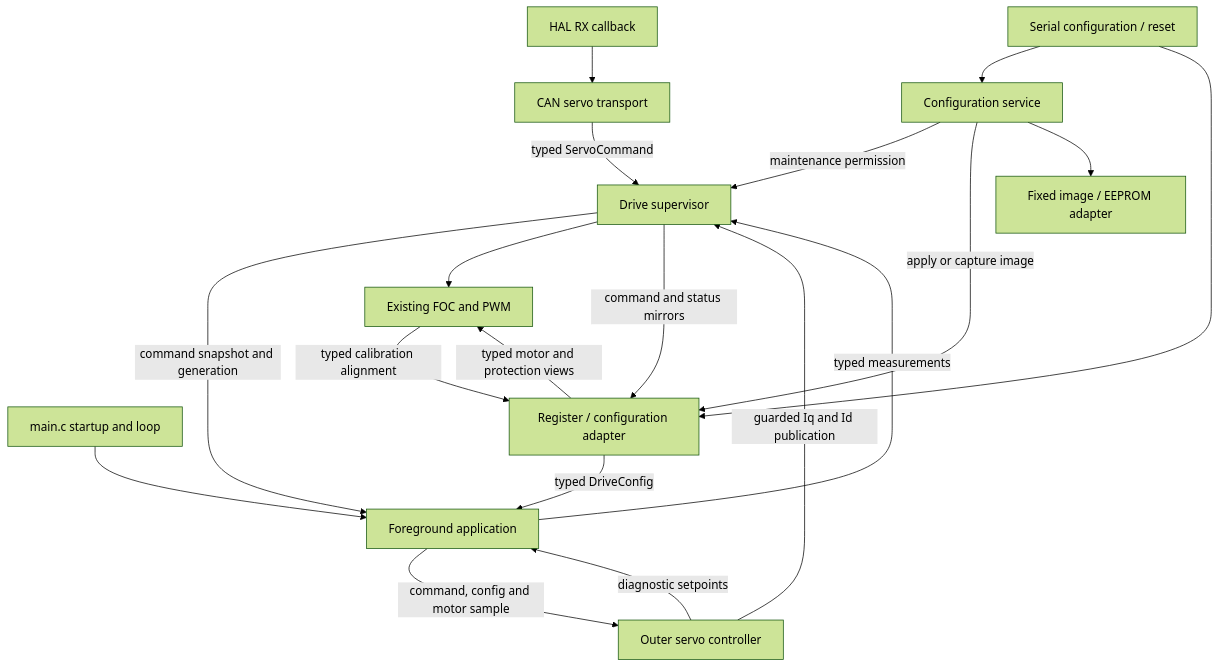
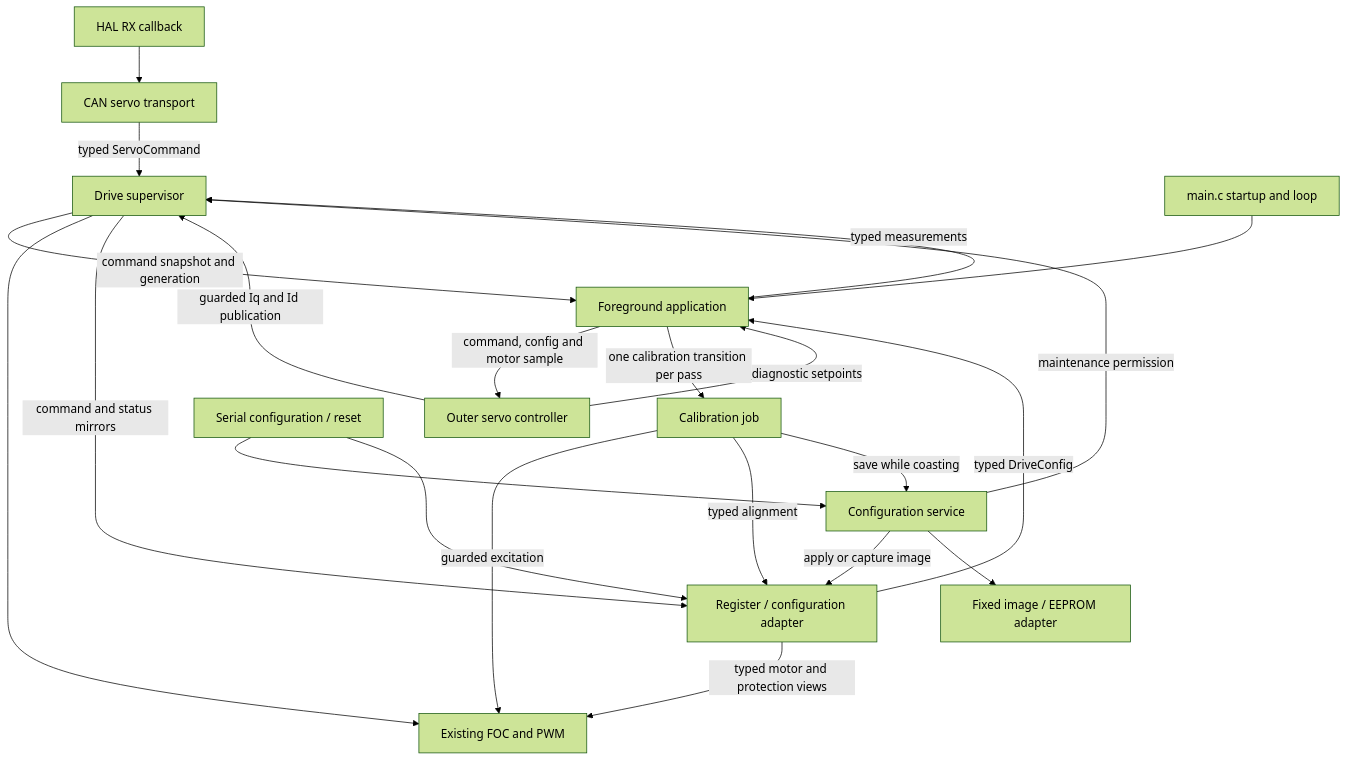
The diagram in docs/professional-architecture.md (toblast/G431-Servo), drawn with Mermaid (forest theme) before and after one commit. The commit also changed other lines of this file and 24 other files, not shown here.

````diff
--- a/docs/professional-architecture.md
+++ b/docs/professional-architecture.md
@@ -29,21 +31,24 @@
 ```mermaid
 flowchart TD
     Callback[HAL RX callback] --> CAN[CAN servo transport]
     CAN -->|typed ServoCommand| Drive[Drive supervisor]
     Startup[main.c startup and loop] --> App[Foreground application]
     Drive -->|command snapshot and generation| App
     Config[Register / configuration adapter] -->|typed DriveConfig| App
     App -->|command, config and motor sample| Servo[Outer servo controller]
     Servo -->|guarded Iq and Id publication| Drive
     Servo -->|diagnostic setpoints| App
     Drive --> FOC[Existing FOC and PWM]
     Config -->|typed motor and protection views| FOC
-    FOC -->|typed calibration alignment| Config
+    App -->|one calibration transition per pass| Calibration[Calibration job]
+    Calibration -->|guarded excitation| FOC
+    Calibration -->|typed alignment| Config
+    Calibration -->|save while coasting| Service
     App -->|typed measurements| Drive
     Drive -->|command and status mirrors| Config
     UART[Serial configuration / reset] --> Service[Configuration service]
     Service -->|maintenance permission| Drive
     Service -->|apply or capture image| Config
     Service --> Storage[Fixed image / EEPROM adapter]
     UART --> Config
 ```
````
